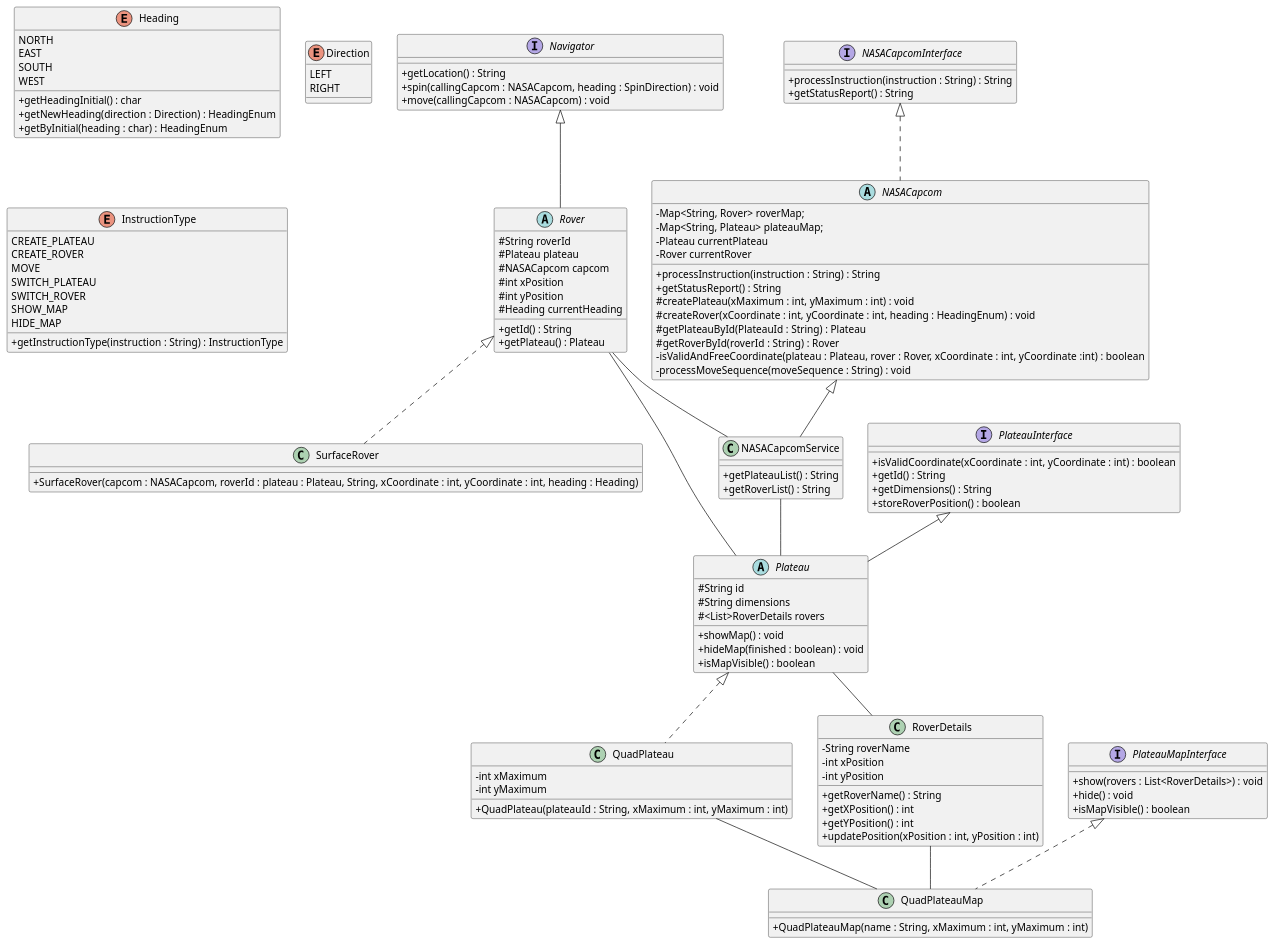
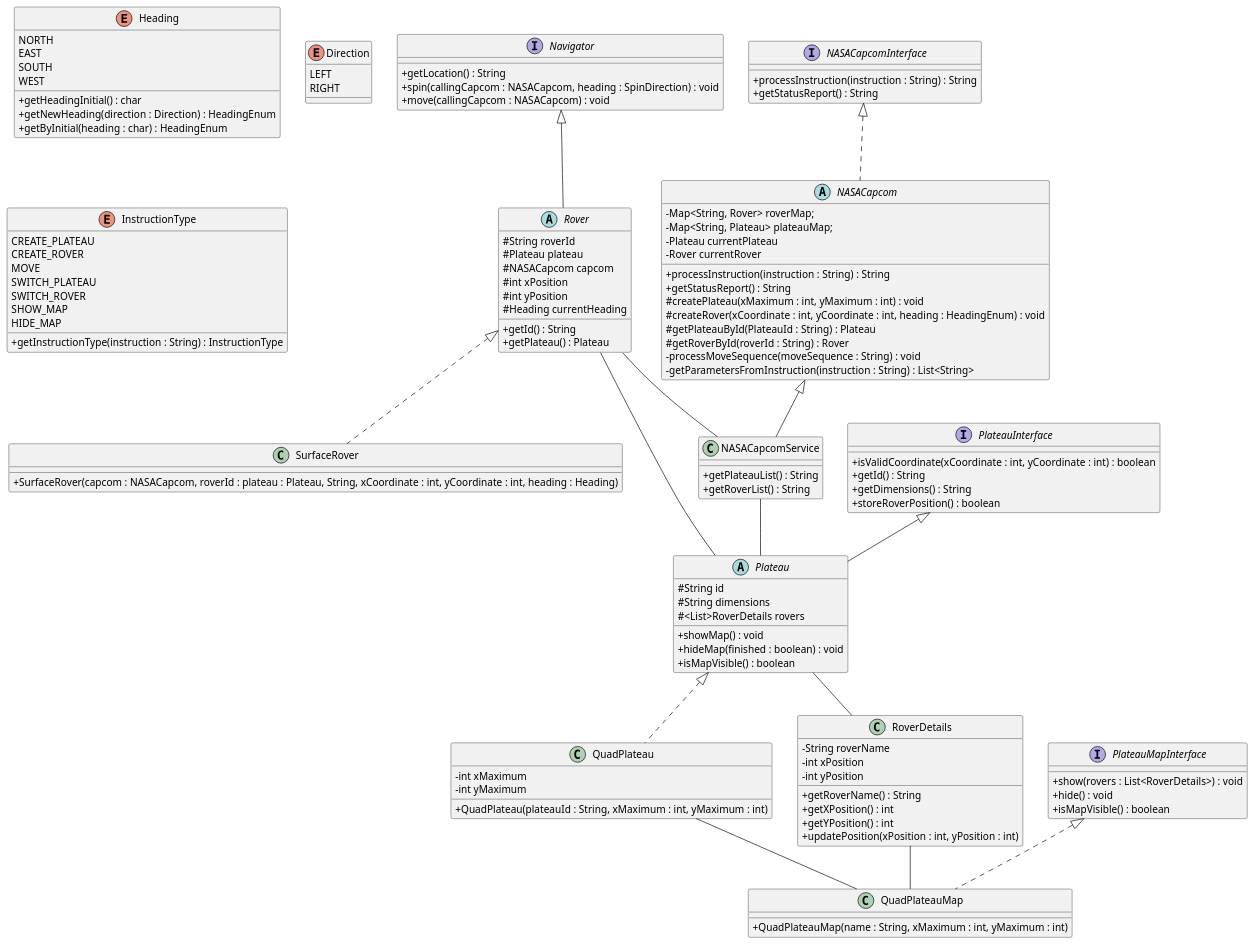
One commit to probert999/mars-rover changed the diagram in uml/MarsRoverClassDiagram.puml. Above: the diagram before and after it, drawn with PlantUML. The commit also changed 13 other files, not shown here.

Commit message:
Added heading to Rover Details, getParameters method and minor code layout changes

```diff
--- a/uml/MarsRoverClassDiagram.puml
+++ b/uml/MarsRoverClassDiagram.puml
@@ -1,139 +1,139 @@
 @startuml
 skinparam classAttributeIconSize 0
 
 interface Navigator {
     + getLocation() : String
     + spin(callingCapcom : NASACapcom, heading : SpinDirection) : void
     + move(callingCapcom : NASACapcom) : void
 }
 
 abstract class Rover extends Navigator  {
   # String roverId
   # Plateau plateau
   # NASACapcom capcom
   # int xPosition
   # int yPosition
   # Heading currentHeading
 
   + getId() : String
   + getPlateau() : Plateau
 }
 
 class SurfaceRover implements Rover  {
     + SurfaceRover(capcom : NASACapcom, roverId : plateau : Plateau, String, xCoordinate : int, yCoordinate : int, heading : Heading)
 }
 
 interface PlateauInterface  {
    + isValidCoordinate(xCoordinate : int, yCoordinate : int) : boolean
    + getId() : String
    + getDimensions() : String
    + storeRoverPosition() : boolean
 }
 
 abstract class Plateau extends PlateauInterface {
   # String id
   # String dimensions
   # <List>RoverDetails rovers
 
   + showMap() : void
   + hideMap(finished : boolean) : void
   + isMapVisible() : boolean
 }
 
 class QuadPlateau implements Plateau {
   - int xMaximum
   - int yMaximum
 
    + QuadPlateau(plateauId : String, xMaximum : int, yMaximum : int)
 }
 
 
 enum Heading
 {
 NORTH
 EAST
 SOUTH
 WEST
 + getHeadingInitial() : char
 + getNewHeading(direction : Direction) : HeadingEnum
 + getByInitial(heading : char) : HeadingEnum
 }
 
 enum Direction
 {
 LEFT
 RIGHT
 }
 
 enum InstructionType
 {
 CREATE_PLATEAU
 CREATE_ROVER
 MOVE
 SWITCH_PLATEAU
 SWITCH_ROVER
 SHOW_MAP
 HIDE_MAP
 + getInstructionType(instruction : String) : InstructionType
 }
 
 interface NASACapcomInterface {
   + processInstruction(instruction : String) : String
   + getStatusReport() : String
 }
 
 abstract class NASACapcom implements NASACapcomInterface {
   - Map<String, Rover> roverMap;
   - Map<String, Plateau> plateauMap;
   - Plateau currentPlateau
   - Rover currentRover
 
   + processInstruction(instruction : String) : String
   + getStatusReport() : String
   # createPlateau(xMaximum : int, yMaximum : int) : void
   # createRover(xCoordinate : int, yCoordinate : int, heading : HeadingEnum) : void
   # getPlateauById(PlateauId : String) : Plateau
   # getRoverById(roverId : String) : Rover
-  - isValidAndFreeCoordinate(plateau : Plateau, rover : Rover, xCoordinate : int, yCoordinate :int) : boolean
   - processMoveSequence(moveSequence : String) : void
+  - getParametersFromInstruction(instruction : String) : List<String>
 }
 
 class NASACapcomService extends NASACapcom
 {
   + getPlateauList() : String
   + getRoverList() : String
 }
 
 interface PlateauMapInterface {
   + show(rovers : List<RoverDetails>) : void
   + hide() : void
   + isMapVisible() : boolean
 }
 
 class QuadPlateauMap implements PlateauMapInterface {
   + QuadPlateauMap(name : String, xMaximum : int, yMaximum : int)
 }
 
 class RoverDetails {
   - String roverName
   - int xPosition
   - int yPosition
 
   + getRoverName() : String
   + getXPosition() : int
   + getYPosition() : int
   + updatePosition(xPosition : int, yPosition : int)
 }
 
 NASACapcomService -- Plateau
 Rover -- NASACapcomService
 Rover -- Plateau
 Plateau -- RoverDetails
 RoverDetails -- QuadPlateauMap
 QuadPlateau -- QuadPlateauMap
 
 Heading -[Hidden] Navigator
 Heading -[hidden] Direction
 Heading -[hidden]d-> InstructionType
 
 @enduml
```
